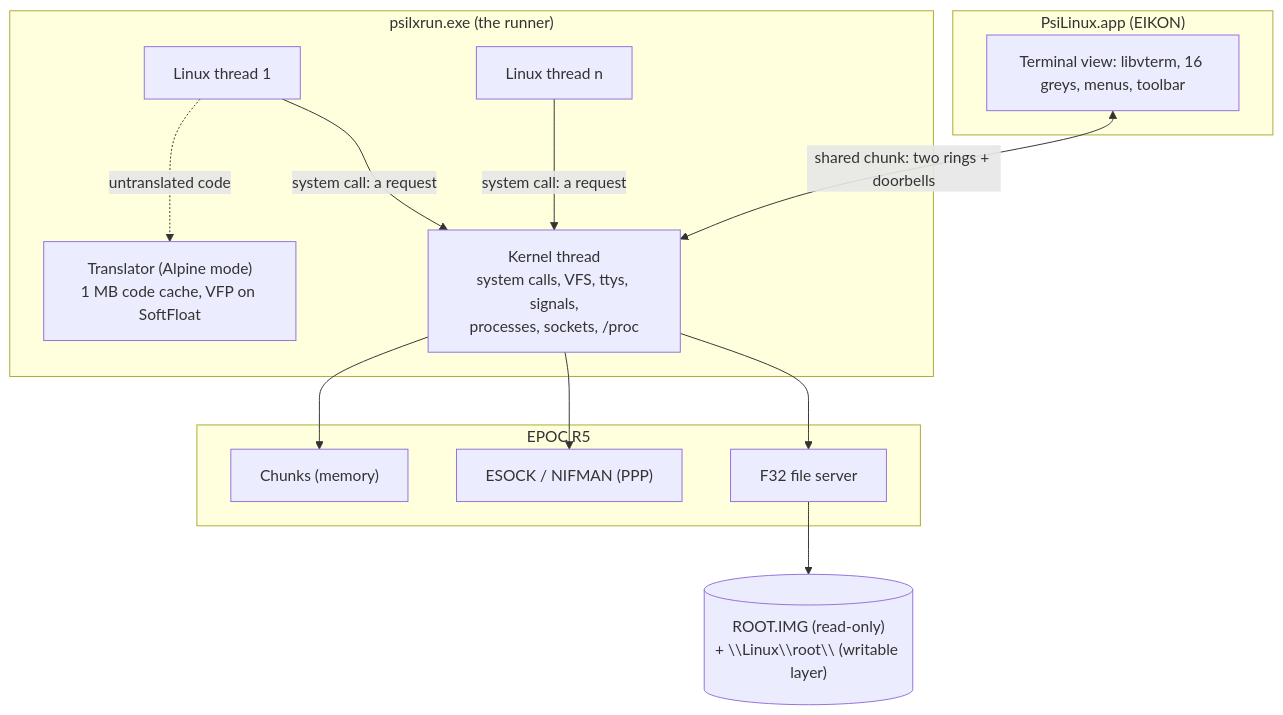
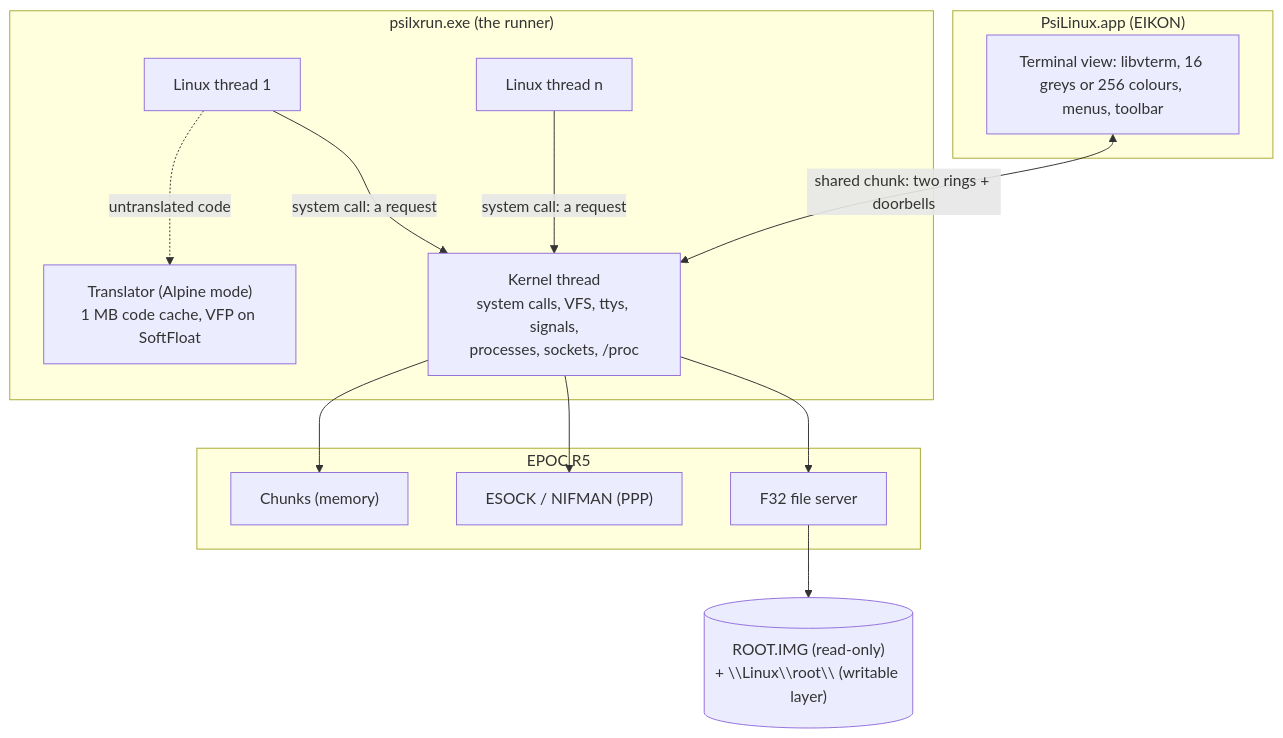
Before and after one commit to danieledge/psilinux: the diagram in README.md, drawn with Mermaid. The commit also changed other lines of this file and 10 other files, not shown here.

````diff
--- a/README.md
+++ b/README.md
@@ -133,26 +134,26 @@
 ```mermaid
 flowchart TB
   subgraph APP["PsiLinux.app (EIKON)"]
-    term["Terminal view: libvterm, 16 greys, menus, toolbar"]
+    term["Terminal view: libvterm, 16 greys or 256 colours, menus, toolbar"]
   end
   subgraph RUN["psilxrun.exe (the runner)"]
     kern["Kernel thread<br/>system calls, VFS, ttys, signals,<br/>processes, sockets, /proc"]
     tr["Translator (Alpine mode)<br/>1 MB code cache, VFP on SoftFloat"]
     t1["Linux thread 1"]
     tn["Linux thread n"]
   end
   subgraph EPOC["EPOC R5"]
     f32["F32 file server"]
     esock["ESOCK / NIFMAN (PPP)"]
     mem["Chunks (memory)"]
   end
   img[("ROOT.IMG (read-only)<br/>+ \\Linux\\root\\ (writable layer)")]
   term <-->|"shared chunk: two rings + doorbells"| kern
   t1 -->|"system call: a request"| kern
   tn -->|"system call: a request"| kern
   t1 -.->|"untranslated code"| tr
   kern --> f32
   kern --> esock
   kern --> mem
   f32 --> img
 ```
````
